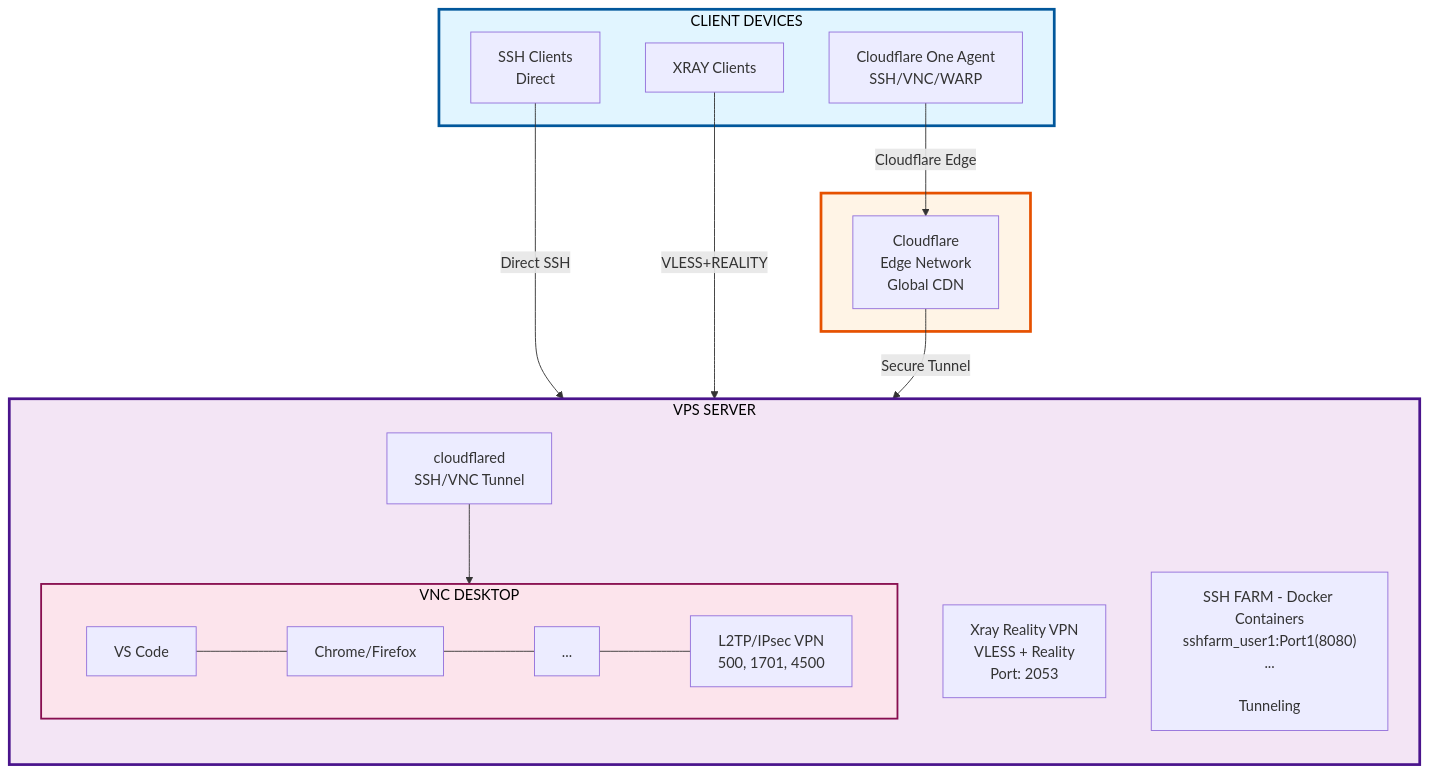
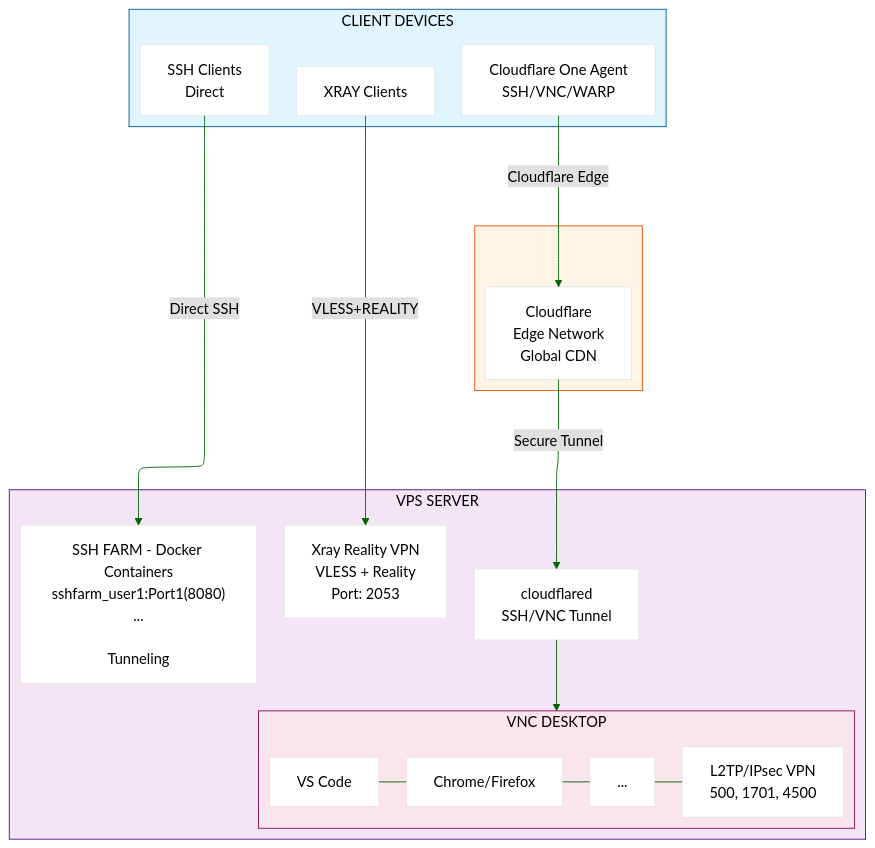
Before and after one commit to HosseinBeheshti/setupWS: the diagram in README.md, drawn with Mermaid. The commit also changed other lines of this file, not shown here.

Commit message:
Update README: enhance architecture diagram and add web application access details for VNC and SSH

````diff
--- a/README.md
+++ b/README.md
@@ -16,36 +18,37 @@
 ```mermaid
-flowchart TB
+%%{init: {'theme':'base', 'themeVariables': { 'primaryColor':'#fff', 'lineColor':'#006400', 'primaryTextColor':'#000', 'edgeLabelBackground':'#E0E0E0'}}}%%
+flowchart-elk
     subgraph CLIENT[" CLIENT DEVICES "]
         CF["Cloudflare One Agent<br/>SSH/VNC/WARP"]
         SSHC["SSH Clients<br/>Direct"]
         XRAYC["XRAY Clients"]
     end
 
     subgraph EDGE[" "]
         CFE["Cloudflare<br/>Edge Network<br/>Global CDN"]
     end
 
     subgraph VPS[" VPS SERVER "]
         direction TB
         CFD["cloudflared<br/>SSH/VNC Tunnel"]
         XRAY["Xray Reality VPN<br/>VLESS + Reality<br/>Port: 2053"]
         FARM[" SSH FARM - Docker Containers<br/>sshfarm_user1:Port1(8080)<br/>...<br/><br/>Tunneling "]
         VNC_BOX[" VNC DESKTOP "]
     end
 
     subgraph VNC_BOX[" VNC DESKTOP "]
         direction LR
         VSCODE["VS Code"] --- CHROME["Chrome/Firefox"] --- APPS["..."] --- L2TP["L2TP/IPsec VPN<br/>500, 1701, 4500"]
     end
 
     CF -->|Cloudflare Edge| CFE
     SSHC -->|Direct SSH| FARM
     XRAYC -->|VLESS+REALITY| XRAY
     CFE -->|Secure Tunnel| CFD
     CFD --> VNC_BOX
 
-    style CLIENT fill:#e1f5ff,stroke:#01579b,stroke-width:3px,color:#000
-    style EDGE fill:#fff4e6,stroke:#e65100,stroke-width:3px,color:#000
-    style VPS fill:#f3e5f5,stroke:#4a148c,stroke-width:3px,color:#000
-    style VNC_BOX fill:#fce4ec,stroke:#880e4f,stroke-width:2px,color:#000
+    style CLIENT fill:#e1f5ff,stroke:#01579b,color:#000
+    style EDGE fill:#fff4e6,stroke:#e65100,color:#000
+    style VPS fill:#f3e5f5,stroke:#4a148c,color:#000
+    style VNC_BOX fill:#fce4ec,stroke:#880e4f,color:#000
 ```
````
